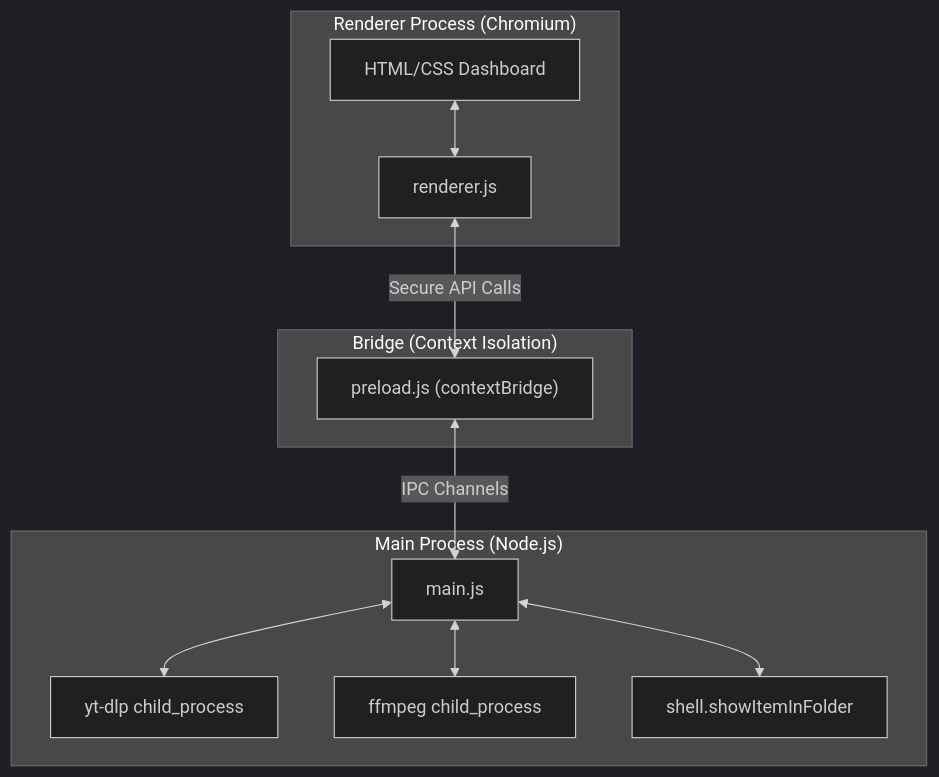
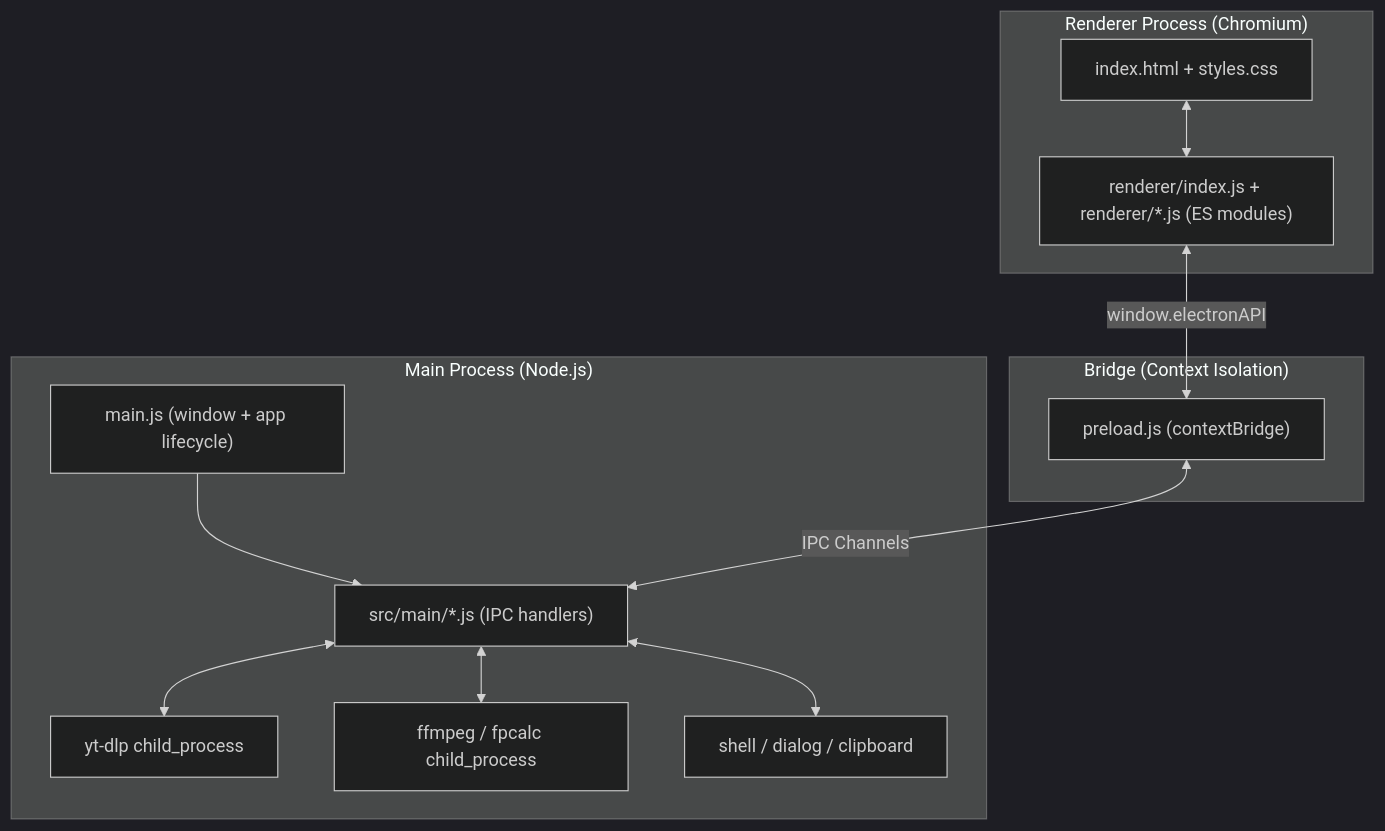
Before and after one commit to birol-dev/YT-DLP-GUI-: the diagram in README.md, drawn with Mermaid (dark theme). The commit also changed other lines of this file and 13 other files, not shown here.

First line of the commit message:
docs: refresh docs and comments for the modular architecture

````diff
--- a/README.md
+++ b/README.md
@@ -67,19 +73,20 @@
 ```mermaid
 graph TD
     subgraph Renderer ["Renderer Process (Chromium)"]
-        UI["HTML/CSS Dashboard"] <--> RenderJS["renderer.js"]
+        UI["index.html + styles.css"] <--> RenderJS["renderer/index.js + renderer/*.js (ES modules)"]
     end
 
     subgraph Bridge ["Bridge (Context Isolation)"]
         Preload["preload.js (contextBridge)"]
     end
 
     subgraph Main ["Main Process (Node.js)"]
-        MainJS["main.js"] <--> YTDLP["yt-dlp child_process"]
-        MainJS <--> FFmpeg["ffmpeg child_process"]
-        MainJS <--> Shell["shell.showItemInFolder"]
+        MainJS["main.js (window + app lifecycle)"] --> Modules["src/main/*.js (IPC handlers)"]
+        Modules <--> YTDLP["yt-dlp child_process"]
+        Modules <--> FFmpeg["ffmpeg / fpcalc child_process"]
+        Modules <--> Shell["shell / dialog / clipboard"]
     end
 
-    RenderJS <-->|Secure API Calls| Preload
-    Preload <-->|IPC Channels| MainJS
+    RenderJS <-->|window.electronAPI| Preload
+    Preload <-->|IPC Channels| Modules
 ```
````
